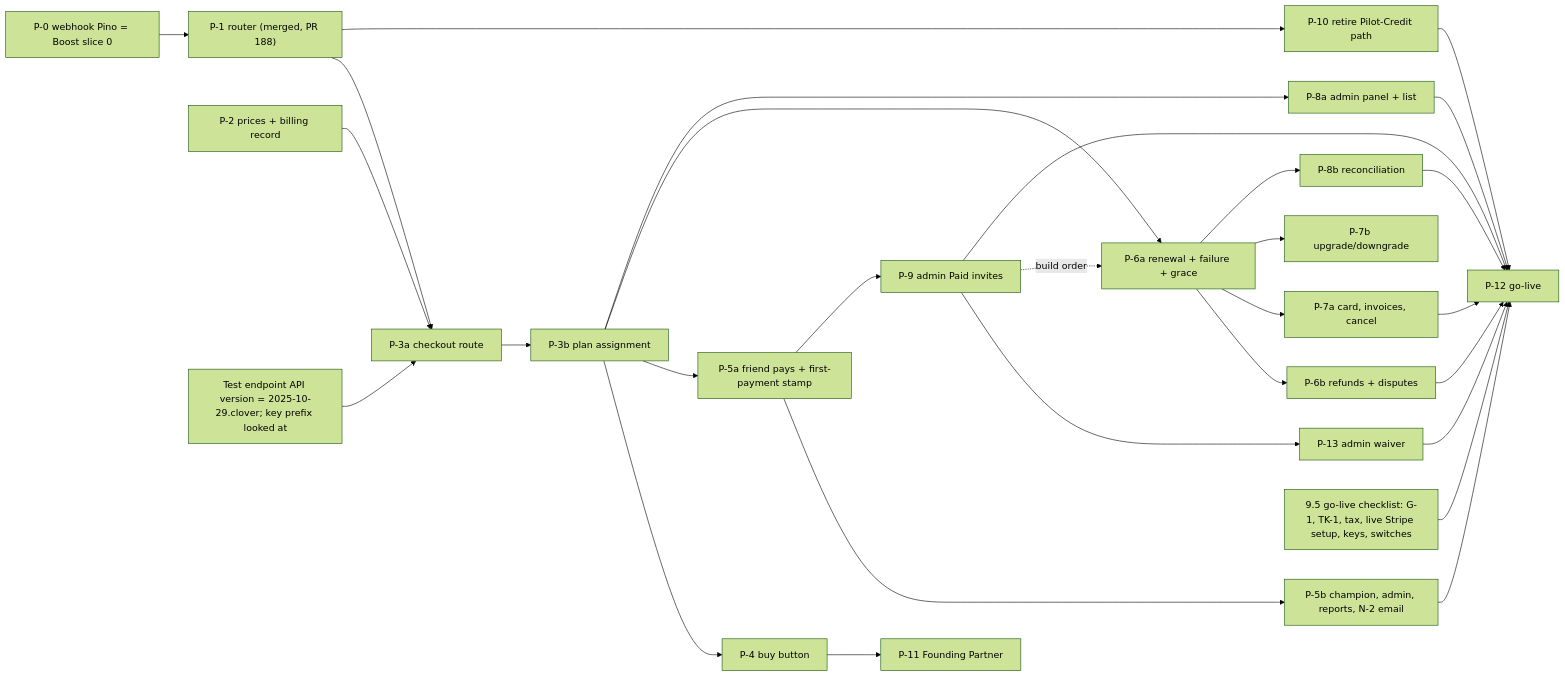
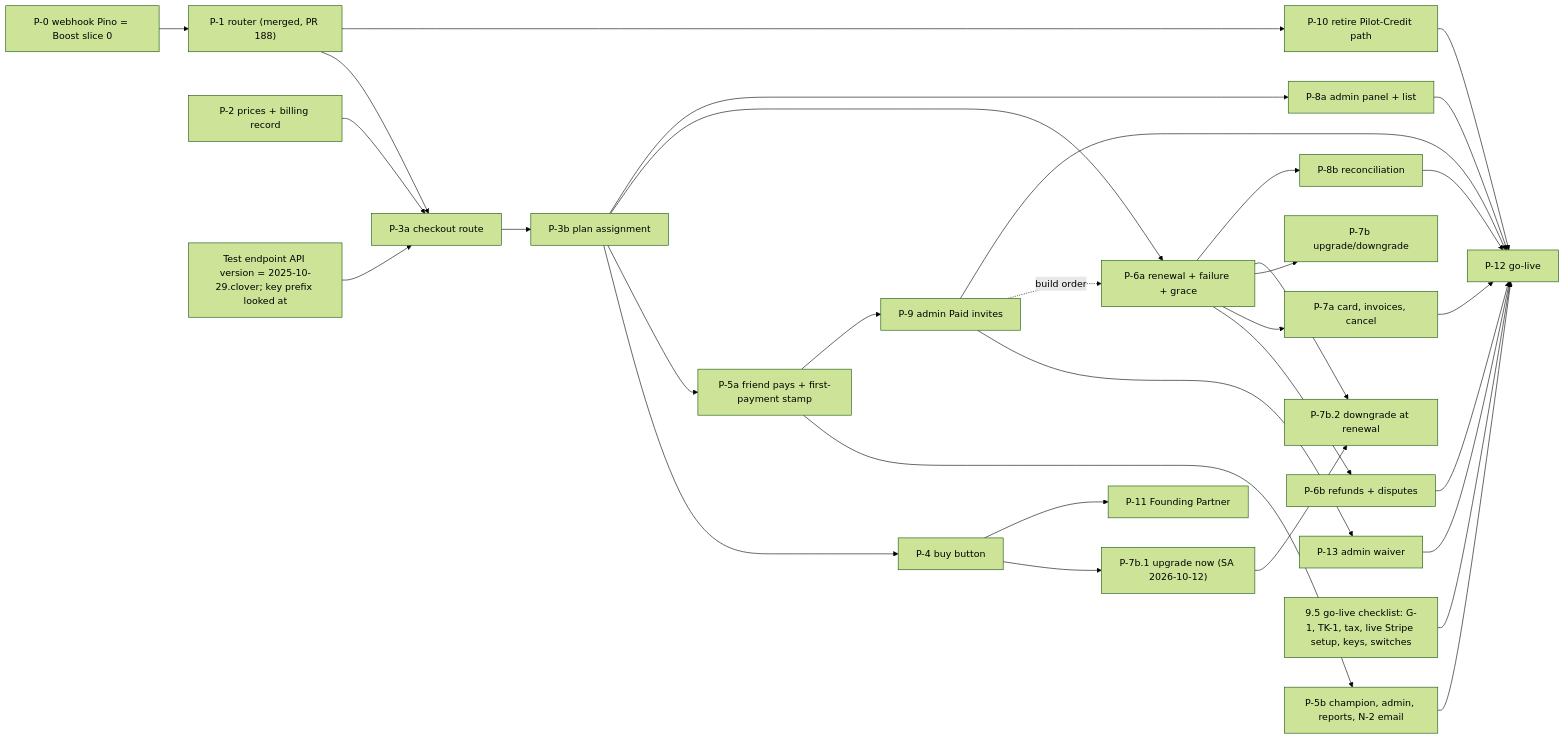
Before and after one commit to AgentsPilot/neuronforge: the third of 3 diagrams in docs/requirements/BUSINESS_OS_PLAN_PAYMENTS_REQUIREMENT.md, drawn with Mermaid (forest theme). The commit also changed other lines of this file and 28 other files, not shown here.

````diff
--- a/docs/requirements/BUSINESS_OS_PLAN_PAYMENTS_REQUIREMENT.md
+++ b/docs/requirements/BUSINESS_OS_PLAN_PAYMENTS_REQUIREMENT.md
@@ -447,31 +449,34 @@
 ```mermaid
 flowchart LR
   P0[P-0 webhook Pino = Boost slice 0] --> P1
   P1["P-1 router (merged, PR 188)"] --> P3a
   P2[P-2 prices + billing record] --> P3a
   Q5["Test endpoint API version = 2025-10-29.clover; key prefix looked at"] --> P3a
   P3a[P-3a checkout route] --> P3b[P-3b plan assignment]
   P3b --> P4[P-4 buy button]
   P3b --> P5a[P-5a friend pays + first-payment stamp]
   P5a --> P5b[P-5b champion, admin, reports, N-2 email]
   P5a --> P9[P-9 admin Paid invites]
   P9 --> P13[P-13 admin waiver]
   P9 -. build order .-> P6a
   P3b --> P6a[P-6a renewal + failure + grace]
   P3b --> P8a[P-8a admin panel + list]
   P6a --> P6b[P-6b refunds + disputes]
   P6a --> P7a[P-7a card, invoices, cancel]
   P6a --> P7b[P-7b upgrade/downgrade]
+  P4 --> P7b1["P-7b.1 upgrade now (SA 2026-10-12)"]
+  P7b1 --> P7b2[P-7b.2 downgrade at renewal]
+  P6a --> P7b2
   P6a --> P8b[P-8b reconciliation]
   P1 --> P10[P-10 retire Pilot-Credit path]
   P4 --> P11[P-11 Founding Partner]
   GL["9.5 go-live checklist: G-1, TK-1, tax, live Stripe setup, keys, switches"] --> P12[P-12 go-live]
   P9 --> P12
   P5b --> P12
   P13 --> P12
   P7a --> P12
   P8b --> P12
   P10 --> P12
   P6b --> P12
   P8a --> P12
 ```
````
